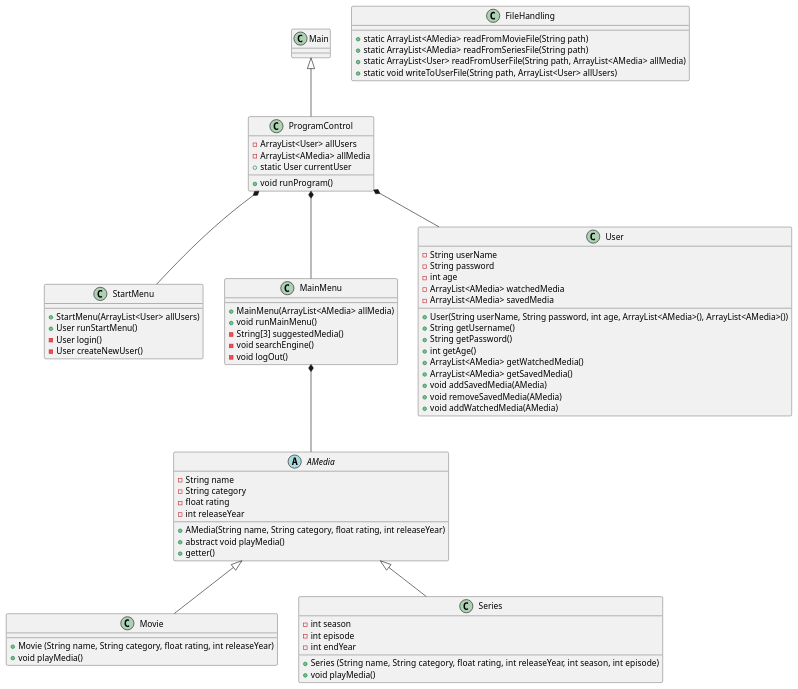
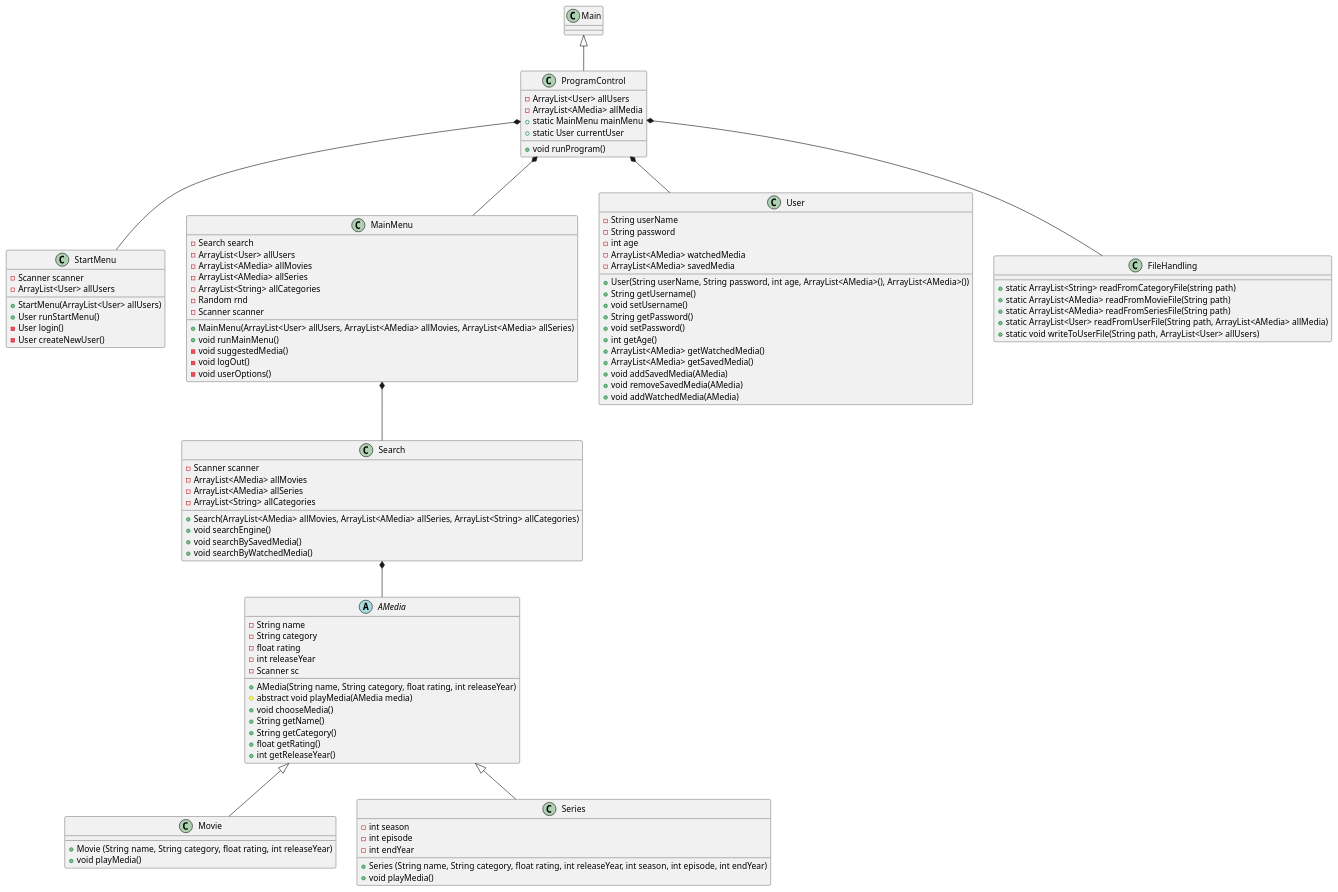
The diagram in Design/Streamingservice design.puml (MrJustMeDahl/SP3---Streamingtjeneste), drawn with PlantUML before and after one commit. The commit also changed 1 other file, not shown here.

Commit message:
Updated design UML

```diff
--- a/Design/Streamingservice design.puml
+++ b/Design/Streamingservice design.puml
@@ -1,81 +1,110 @@
 @startuml
 class Main
 Main <|-- ProgramControl
 ProgramControl *-- StartMenu
 ProgramControl *-- MainMenu
 ProgramControl *-- User
-
-MainMenu *-- AMedia
+ProgramControl *-- FileHandling
+MainMenu *-- Search
+Search *-- AMedia
 AMedia <|-- Movie
 AMedia <|-- Series
 
+class Search{
+- Scanner scanner
+- ArrayList<AMedia> allMovies
+- ArrayList<AMedia> allSeries
+- ArrayList<String> allCategories
++ Search(ArrayList<AMedia> allMovies, ArrayList<AMedia> allSeries, ArrayList<String> allCategories)
++ void searchEngine()
++ void searchBySavedMedia()
++ void searchByWatchedMedia()
+}
 class ProgramControl{
 - ArrayList<User> allUsers
 - ArrayList<AMedia> allMedia
++ static MainMenu mainMenu
 + static User currentUser
 + void runProgram()
 }
 
 class StartMenu{
+- Scanner scanner
+- ArrayList<User> allUsers
 + StartMenu(ArrayList<User> allUsers)
 + User runStartMenu()
 - User login()
 - User createNewUser()
 }
 
 class MainMenu{
-+ MainMenu(ArrayList<AMedia> allMedia)
+- Search search
+- ArrayList<User> allUsers
+- ArrayList<AMedia> allMovies
+- ArrayList<AMedia> allSeries
+- ArrayList<String> allCategories
+- Random rnd
+- Scanner scanner
++ MainMenu(ArrayList<User> allUsers, ArrayList<AMedia> allMovies, ArrayList<AMedia> allSeries)
 + void runMainMenu()
-- String[3] suggestedMedia()
-- void searchEngine()
+- void suggestedMedia()
 - void logOut()
+- void userOptions()
 }
 
 abstract class AMedia{
 - String name
 - String category
 - float rating
 - int releaseYear
+- Scanner sc
 + AMedia(String name, String category, float rating, int releaseYear)
-+ abstract void playMedia()
-+ getter()
+# abstract void playMedia(AMedia media)
++ void chooseMedia()
++ String getName()
++ String getCategory()
++ float getRating()
++ int getReleaseYear()
 }
 
 class Movie{
 + Movie (String name, String category, float rating, int releaseYear)
 + void playMedia()
 }
 
 class Series{
 - int season
 - int episode
 - int endYear
-+ Series (String name, String category, float rating, int releaseYear, int season, int episode)
++ Series (String name, String category, float rating, int releaseYear, int season, int episode, int endYear)
 + void playMedia()
 }
 
 class User{
 - String userName
 - String password
 - int age
 - ArrayList<AMedia> watchedMedia
 - ArrayList<AMedia> savedMedia
 + User(String userName, String password, int age, ArrayList<AMedia>(), ArrayList<AMedia>())
 + String getUsername()
++ void setUsername()
 + String getPassword()
++ void setPassword()
 + int getAge()
 + ArrayList<AMedia> getWatchedMedia()
 + ArrayList<AMedia> getSavedMedia()
 + void addSavedMedia(AMedia)
 + void removeSavedMedia(AMedia)
 + void addWatchedMedia(AMedia)
 }
 
 class FileHandling{
++ static ArrayList<String> readFromCategoryFile(string path)
 + static ArrayList<AMedia> readFromMovieFile(String path)
 + static ArrayList<AMedia> readFromSeriesFile(String path)
 + static ArrayList<User> readFromUserFile(String path, ArrayList<AMedia> allMedia)
 + static void writeToUserFile(String path, ArrayList<User> allUsers)
 }
 
 @enduml
```
